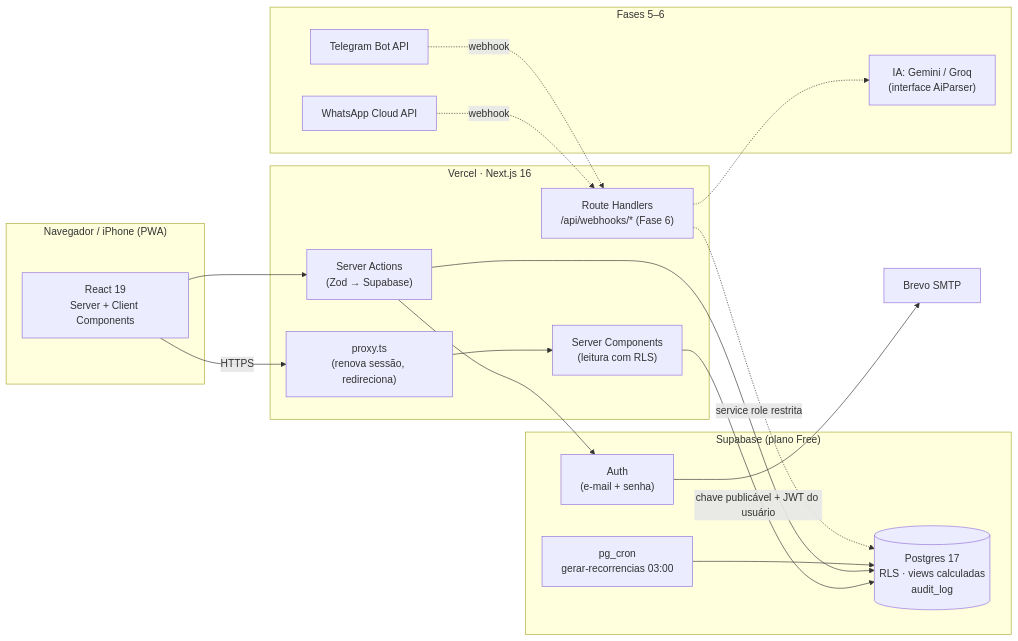
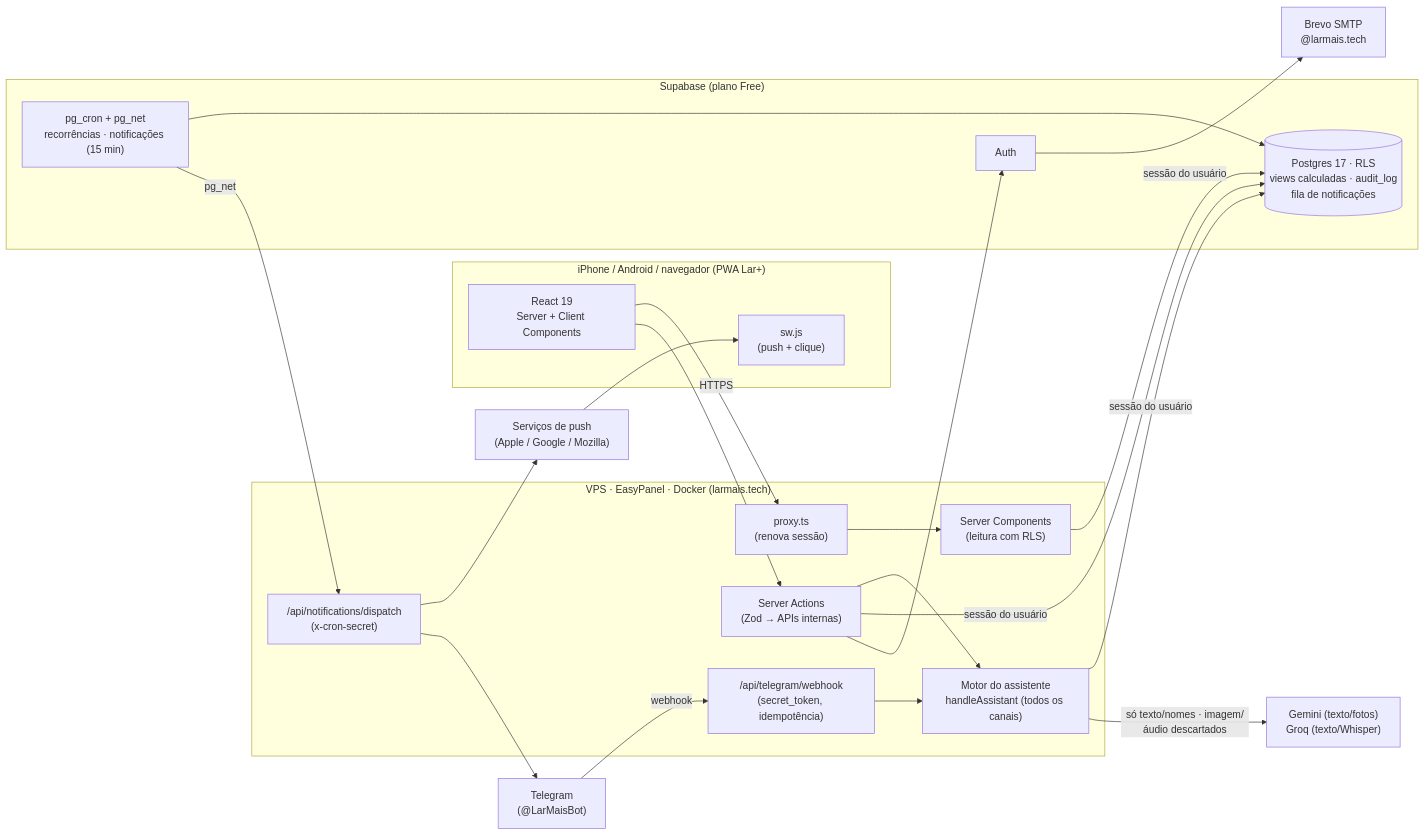
One commit to NycollasMartins/Dashboard_Financas changed the first of 5 diagrams in README.md. Above: the diagram before and after it, drawn with Mermaid. The commit also changed other lines of this file and 17 other files, not shown here.

Commit message:
docs: Lar+ — ADRs 0020–0023, roteiro de produção (EasyPanel, DNS, Supabase com verificação SQL, Brevo SPF/DKIM, Telegram, VAPID, túnel), diagramas, acurácia de fotos/áudios, cota e custos; Vercel removida

````diff
--- a/README.md
+++ b/README.md
@@ -202,39 +217,37 @@
 ```mermaid
 flowchart LR
-    subgraph Cliente["Navegador / iPhone (PWA)"]
+    subgraph Cliente["iPhone / Android / navegador (PWA Lar+)"]
         UI["React 19<br/>Server + Client Components"]
+        SW["sw.js<br/>(push + clique)"]
     end
+    TGU["Telegram<br/>(@LarMaisBot)"]
 
-    subgraph Vercel["Vercel · Next.js 16"]
-        PX["proxy.ts<br/>(renova sessão, redireciona)"]
+    subgraph VPS["VPS · EasyPanel · Docker (larmais.tech)"]
+        PX["proxy.ts<br/>(renova sessão)"]
         RSC["Server Components<br/>(leitura com RLS)"]
-        SA["Server Actions<br/>(Zod → Supabase)"]
-        WH["Route Handlers<br/>/api/webhooks/* (Fase 6)"]
+        SA["Server Actions<br/>(Zod → APIs internas)"]
+        ENG["Motor do assistente<br/>handleAssistant (todos os canais)"]
+        WH["/api/telegram/webhook<br/>(secret_token, idempotência)"]
+        DS["/api/notifications/dispatch<br/>(x-cron-secret)"]
     end
 
     subgraph Supabase["Supabase (plano Free)"]
-        AUTH["Auth<br/>(e-mail + senha)"]
-        PG[("Postgres 17<br/>RLS · views calculadas<br/>audit_log")]
-        CRON["pg_cron<br/>gerar-recorrencias 03:00"]
+        AUTH["Auth"]
+        PG[("Postgres 17 · RLS<br/>views calculadas · audit_log<br/>fila de notificações")]
+        CRON["pg_cron + pg_net<br/>recorrências · notificações (15 min)"]
     end
 
-    subgraph Futuro["Fases 5–6"]
-        AI["IA: Gemini / Groq<br/>(interface AiParser)"]
-        WA["WhatsApp Cloud API"]
-        TG["Telegram Bot API"]
-    end
-
-    SMTP["Brevo SMTP"]
+    AI["Gemini (texto/fotos)<br/>Groq (texto/Whisper)"]
+    SMTP["Brevo SMTP<br/>@larmais.tech"]
+    PUSH["Serviços de push<br/>(Apple / Google / Mozilla)"]
 
     UI -->|HTTPS| PX --> RSC
-    UI --> SA
-    RSC -->|chave publicável + JWT do usuário| PG
-    SA --> PG
-    SA --> AUTH
-    AUTH --> SMTP
+    UI --> SA --> ENG
+    RSC & SA & ENG -->|sessão do usuário| PG
+    TGU -->|webhook| WH --> ENG
+    ENG -->|só texto/nomes · imagem/áudio descartados| AI
+    SA --> AUTH --> SMTP
     CRON --> PG
-    WA -. webhook .-> WH
-    TG -. webhook .-> WH
-    WH -. service role restrita .-> PG
-    WH -.-> AI
+    CRON -->|pg_net| DS --> PUSH --> SW
+    DS --> TGU
 ```
````
